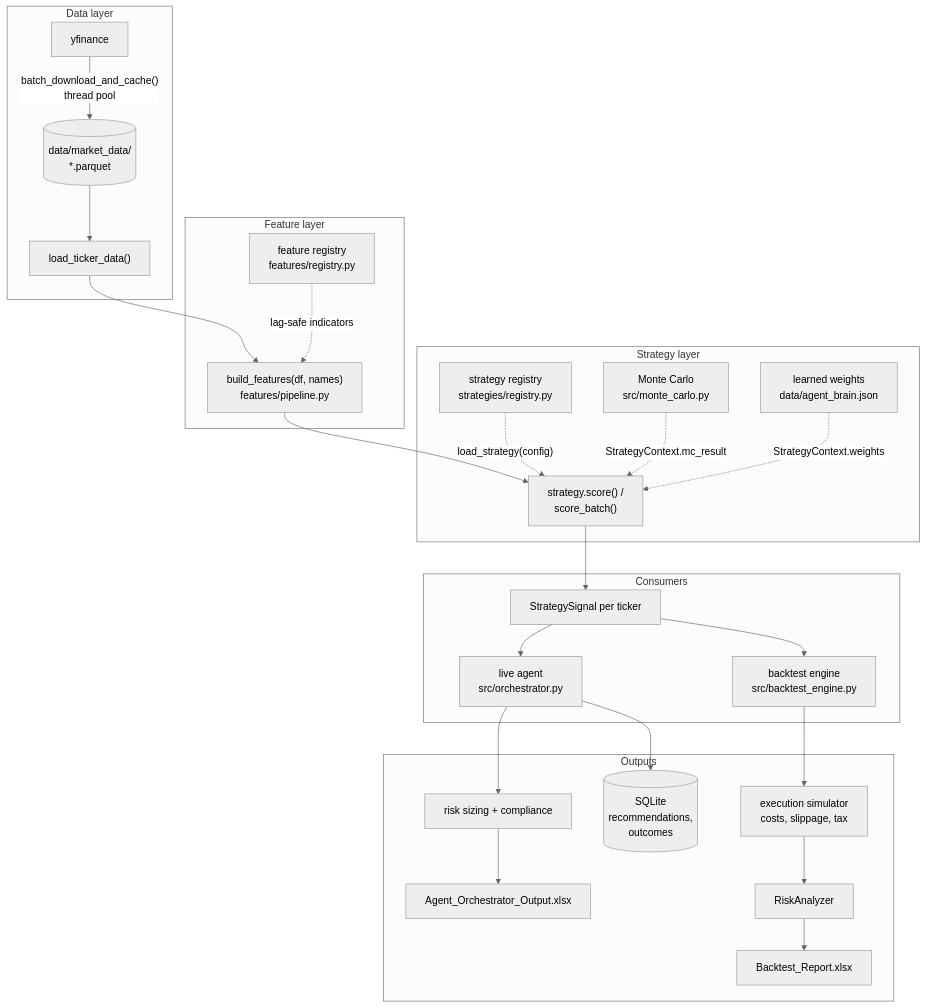
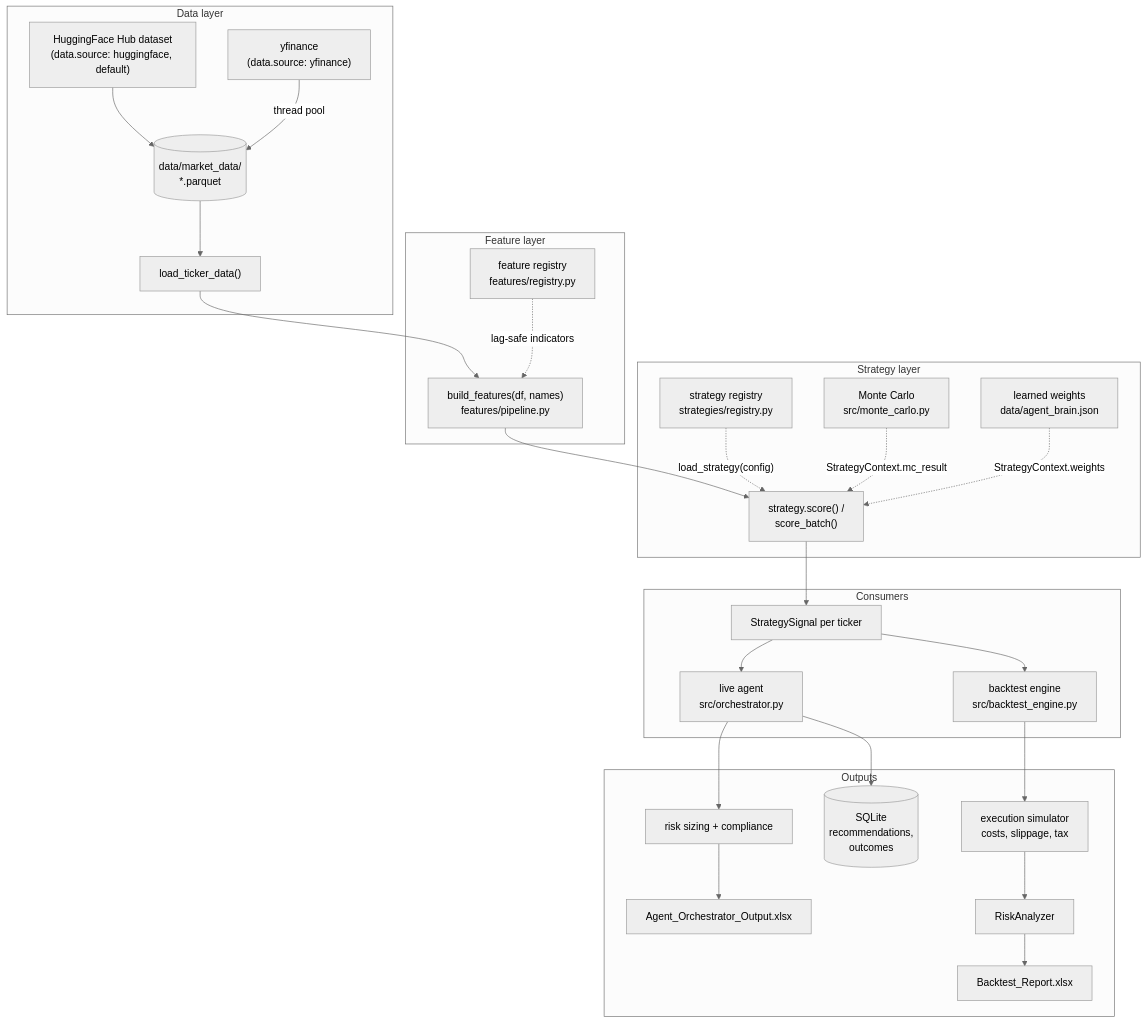
The first of 15 diagrams in docs/ARCHITECTURE.md (3dwag98/afa), drawn with Mermaid (neutral theme) before and after one commit. The commit also changed other lines of this file and 3 other files, not shown here.

First line of the commit message:
Align ARCHITECTURE and STRATEGIES with the current framework

````diff
--- a/docs/ARCHITECTURE.md
+++ b/docs/ARCHITECTURE.md
@@ -46,32 +48,33 @@
 ```mermaid
 flowchart TB
     subgraph ingest["Data layer"]
-        YF["yfinance"] -->|"batch_download_and_cache()<br/>thread pool"| CACHE[("data/market_data/<br/>*.parquet")]
+        HF["HuggingFace Hub dataset<br/>(data.source: huggingface, default)"] --> CACHE[("data/market_data/<br/>*.parquet")]
+        YF["yfinance<br/>(data.source: yfinance)"] -->|"thread pool"| CACHE
         CACHE --> LOAD["load_ticker_data()"]
     end
 
     subgraph feat["Feature layer"]
         LOAD --> BUILD["build_features(df, names)<br/>features/pipeline.py"]
         FREG["feature registry<br/>features/registry.py"] -.->|"lag-safe indicators"| BUILD
     end
 
     subgraph strat["Strategy layer"]
         BUILD --> SCORE["strategy.score() /<br/>score_batch()"]
         SREG["strategy registry<br/>strategies/registry.py"] -.->|"load_strategy(config)"| SCORE
         MC["Monte Carlo<br/>src/monte_carlo.py"] -.->|"StrategyContext.mc_result"| SCORE
         BRAIN["learned weights<br/>data/agent_brain.json"] -.->|"StrategyContext.weights"| SCORE
     end
 
     SCORE --> SIG["StrategySignal per ticker"]
 
     subgraph consume["Consumers"]
         SIG --> LIVE["live agent<br/>src/orchestrator.py"]
         SIG --> BT["backtest engine<br/>src/backtest_engine.py"]
     end
 
     subgraph out["Outputs"]
         LIVE --> RISK1["risk sizing + compliance"] --> XL1["Agent_Orchestrator_Output.xlsx"]
         LIVE --> DB[("SQLite<br/>recommendations,<br/>outcomes")]
         BT --> EXEC["execution simulator<br/>costs, slippage, tax"] --> ANA["RiskAnalyzer"] --> XL2["Backtest_Report.xlsx"]
     end
 ```
````
